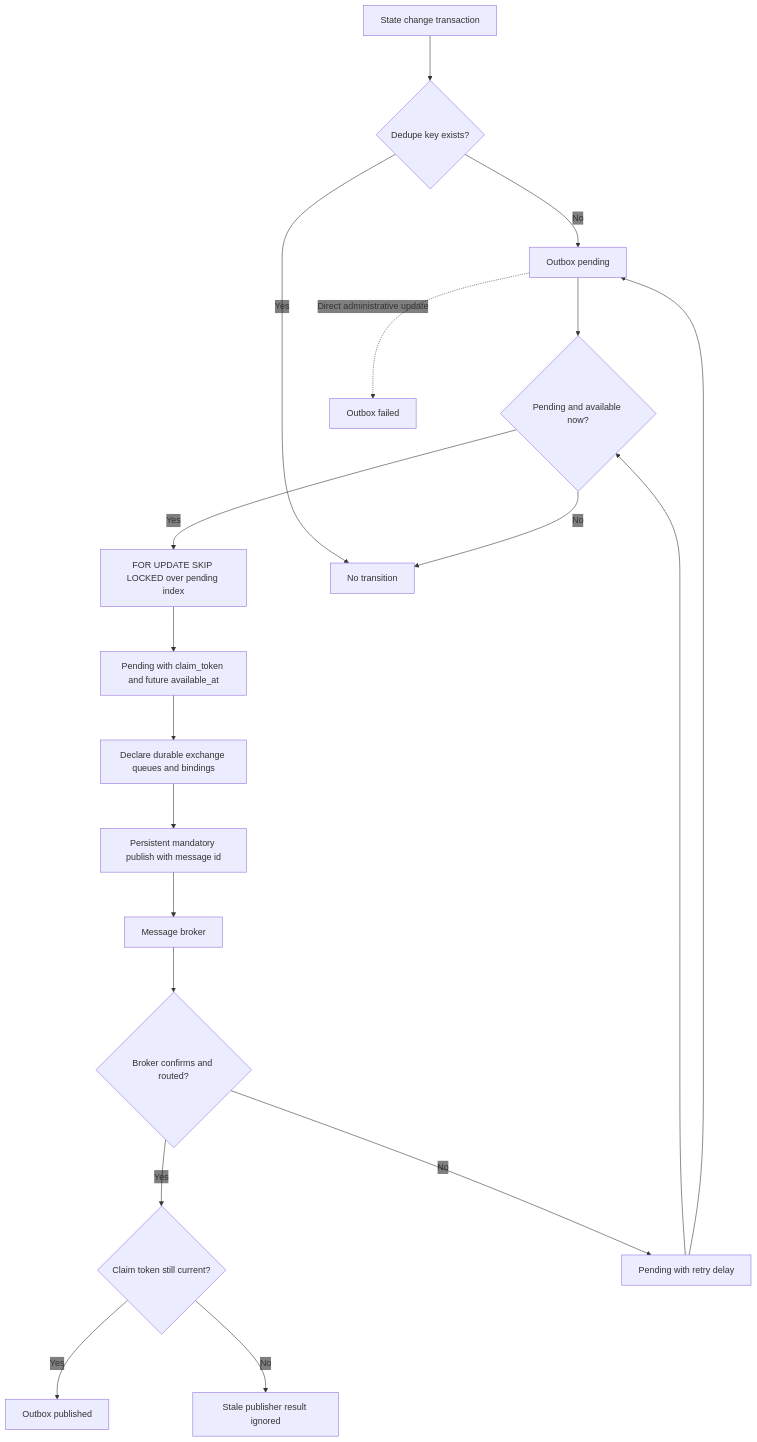
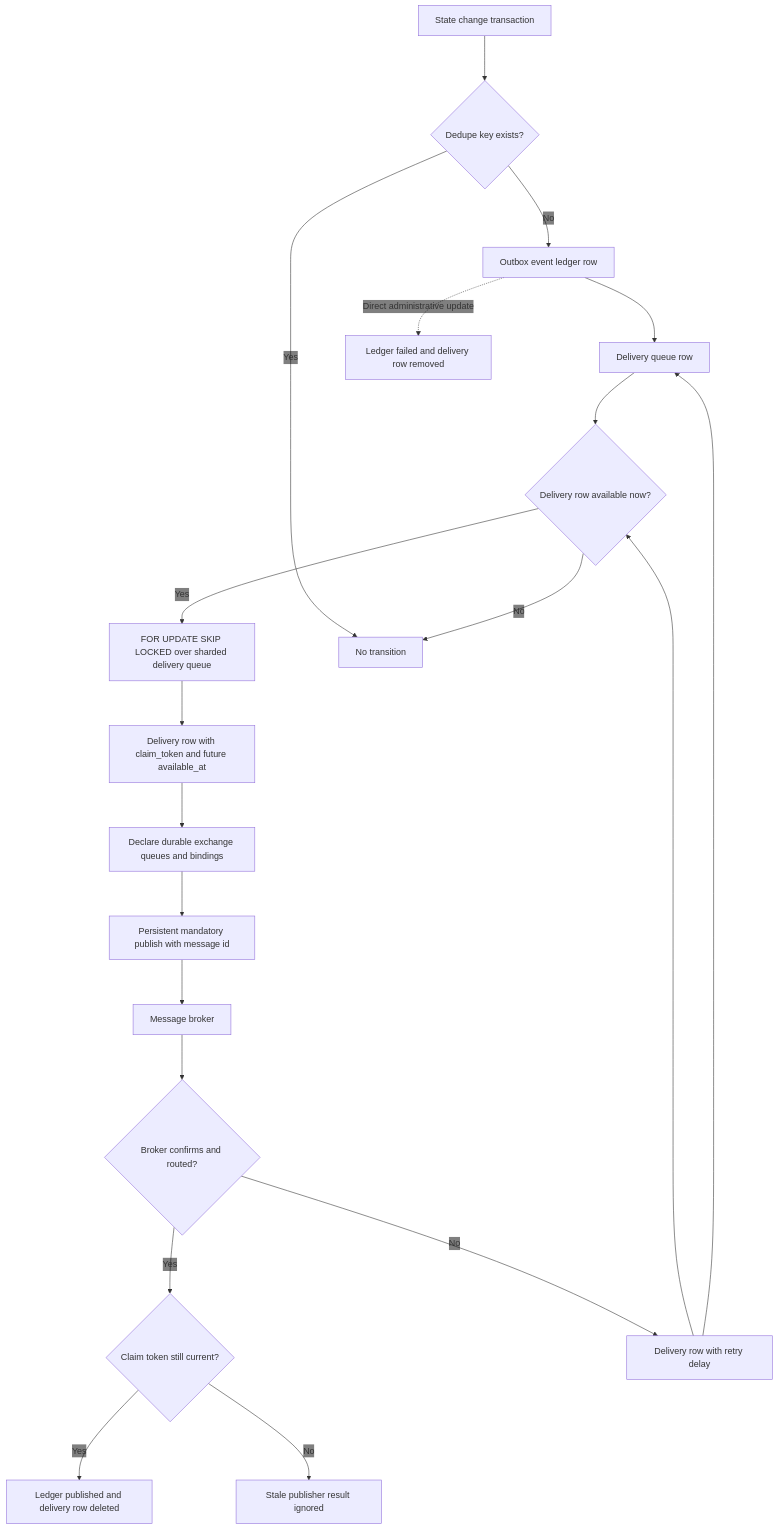
One commit to gregl83/agent-vigilo changed the diagram in web/docs/architecture/state/outbox-lifecycle/diagram.mmd. Above: the diagram before and after it, drawn with Mermaid. The commit also changed 18 other files, not shown here.

First line of the commit message:
update event outbox to use archive and queue table

```diff
--- a/web/docs/architecture/state/outbox-lifecycle/diagram.mmd
+++ b/web/docs/architecture/state/outbox-lifecycle/diagram.mmd
@@ -1,50 +1,52 @@
 ---
 config:
   flowchart:
     nodeSpacing: 150
     rankSpacing: 80
   themeVariables:
     edgeLabelBackground: 'transparent'
 ---
 flowchart TD
     StateChange[State change transaction]
-    Pending[Outbox pending]
+    Ledger[Outbox event ledger row]
+    Delivery[Delivery queue row]
     Dedupe{Dedupe key exists?}
-    Ready{Pending and available now?}
-    Claim[FOR UPDATE SKIP LOCKED over pending index]
-    Leased[Pending with claim_token and future available_at]
+    Ready{Delivery row available now?}
+    Claim[FOR UPDATE SKIP LOCKED over sharded delivery queue]
+    Leased[Delivery row with claim_token and future available_at]
     Topology[Declare durable exchange queues and bindings]
     Publish[Persistent mandatory publish with message id]
     Confirm{Broker confirms and routed?}
     Fence{Claim token still current?}
-    Published[Outbox published]
-    Retry[Pending with retry delay]
+    Published[Ledger published and delivery row deleted]
+    Retry[Delivery row with retry delay]
     Stale[Stale publisher result ignored]
-    Failed[Outbox failed]
+    Failed[Ledger failed and delivery row removed]
     Noop[No transition]
     Queue[Message broker]
 
     StateChange --> Dedupe
-    Dedupe -- No --> Pending
+    Dedupe -- No --> Ledger
     Dedupe -- Yes --> Noop
+    Ledger --> Delivery
 
-    Pending --> Ready
+    Delivery --> Ready
     Retry --> Ready
 
     Ready -- Yes --> Claim --> Leased --> Topology --> Publish --> Queue --> Confirm
     Ready -- No --> Noop
 
     Confirm -- Yes --> Fence
     Confirm -- No --> Retry
     Fence -- Yes --> Published
     Fence -- No --> Stale
-    Retry --> Pending
+    Retry --> Delivery
 
-    Pending -. Direct administrative update .-> Failed
+    Ledger -. Direct administrative update .-> Failed
 
     class StateChange command
-    class Pending,Dedupe,Ready,Claim,Leased,Topology,Publish,Confirm,Fence,Retry,Stale system
+    class Ledger,Delivery,Dedupe,Ready,Claim,Leased,Topology,Publish,Confirm,Fence,Retry,Stale system
     class Published success
     class Failed error
     class Noop component
     class Queue external
```
